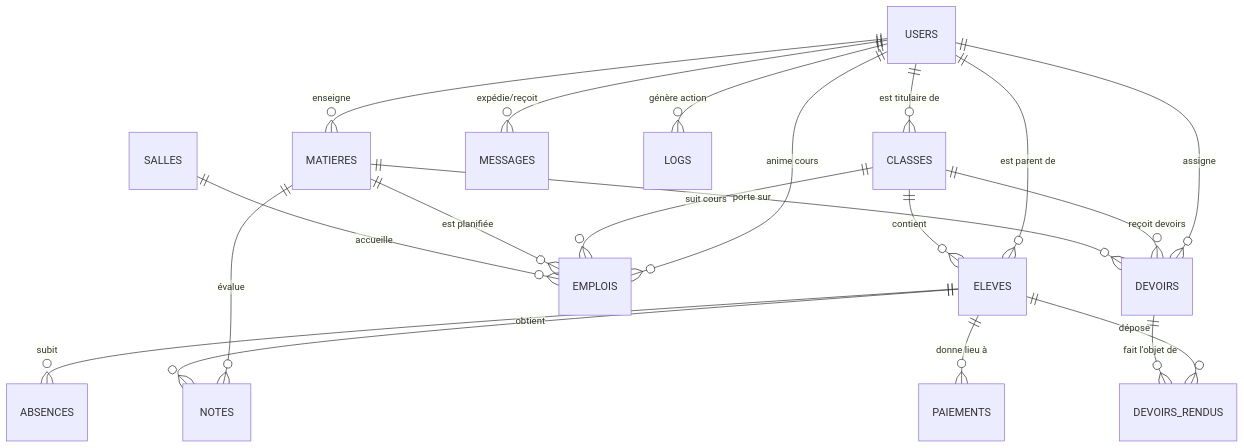
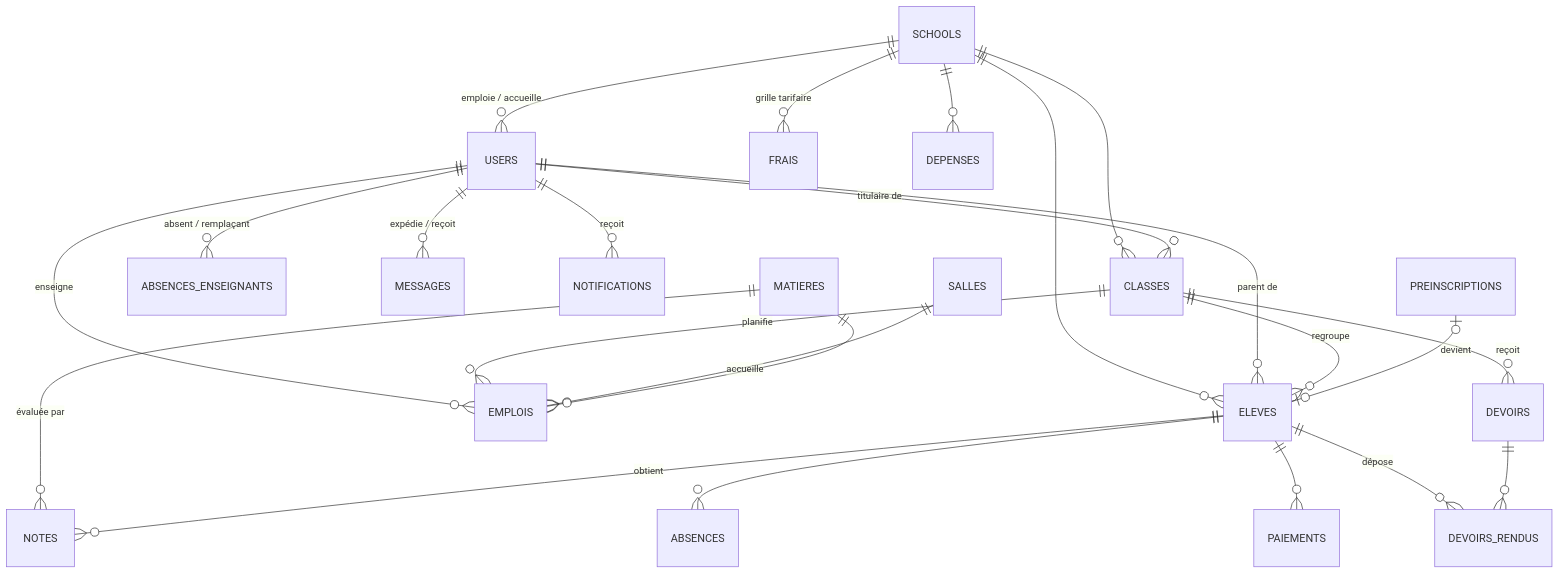
One commit to walabenrgaya/ecole-primaire changed the diagram in docs/SCHEMA_BASE_DE_DONNEES.md. Above: the diagram before and after it, drawn with Mermaid. The commit also changed other lines of this file and 83 other files, not shown here.

````diff
--- a/docs/SCHEMA_BASE_DE_DONNEES.md
+++ b/docs/SCHEMA_BASE_DE_DONNEES.md
@@ -22,27 +15,26 @@
 ```mermaid
 erDiagram
-    USERS ||--o{ ELEVES : "est parent de"
-    USERS ||--o{ CLASSES : "est titulaire de"
-    USERS ||--o{ MATIERES : "enseigne"
-    USERS ||--o{ EMPLOIS : "anime cours"
-    USERS ||--o{ DEVOIRS : "assigne"
-    USERS ||--o{ MESSAGES : "expédie/reçoit"
-    USERS ||--o{ LOGS : "génère action"
-
-    CLASSES ||--o{ ELEVES : "contient"
-    CLASSES ||--o{ EMPLOIS : "suit cours"
-    CLASSES ||--o{ DEVOIRS : "reçoit devoirs"
-
-    MATIERES ||--o{ EMPLOIS : "est planifiée"
-    MATIERES ||--o{ NOTES : "évalue"
-    MATIERES ||--o{ DEVOIRS : "porte sur"
-
+    SCHOOLS ||--o{ USERS : "emploie / accueille"
+    SCHOOLS ||--o{ CLASSES : ""
+    SCHOOLS ||--o{ ELEVES : ""
+    SCHOOLS ||--o{ FRAIS : "grille tarifaire"
+    SCHOOLS ||--o{ DEPENSES : ""
+    USERS ||--o{ ELEVES : "parent de"
+    USERS ||--o{ CLASSES : "titulaire de"
+    USERS ||--o{ EMPLOIS : "enseigne"
+    USERS ||--o{ ABSENCES_ENSEIGNANTS : "absent / remplaçant"
+    USERS ||--o{ MESSAGES : "expédie / reçoit"
+    USERS ||--o{ NOTIFICATIONS : "reçoit"
+    CLASSES ||--o{ ELEVES : "regroupe"
+    CLASSES ||--o{ EMPLOIS : "planifie"
+    CLASSES ||--o{ DEVOIRS : "reçoit"
     SALLES ||--o{ EMPLOIS : "accueille"
-
+    MATIERES ||--o{ NOTES : "évaluée par"
+    MATIERES ||--o{ EMPLOIS : ""
     ELEVES ||--o{ NOTES : "obtient"
-    ELEVES ||--o{ ABSENCES : "subit"
-    ELEVES ||--o{ PAIEMENTS : "donne lieu à"
+    ELEVES ||--o{ ABSENCES : ""
+    ELEVES ||--o{ PAIEMENTS : ""
     ELEVES ||--o{ DEVOIRS_RENDUS : "dépose"
-
-    DEVOIRS ||--o{ DEVOIRS_RENDUS : "fait l'objet de"
+    DEVOIRS ||--o{ DEVOIRS_RENDUS : ""
+    PREINSCRIPTIONS |o--o| ELEVES : "devient"
 ```
````
